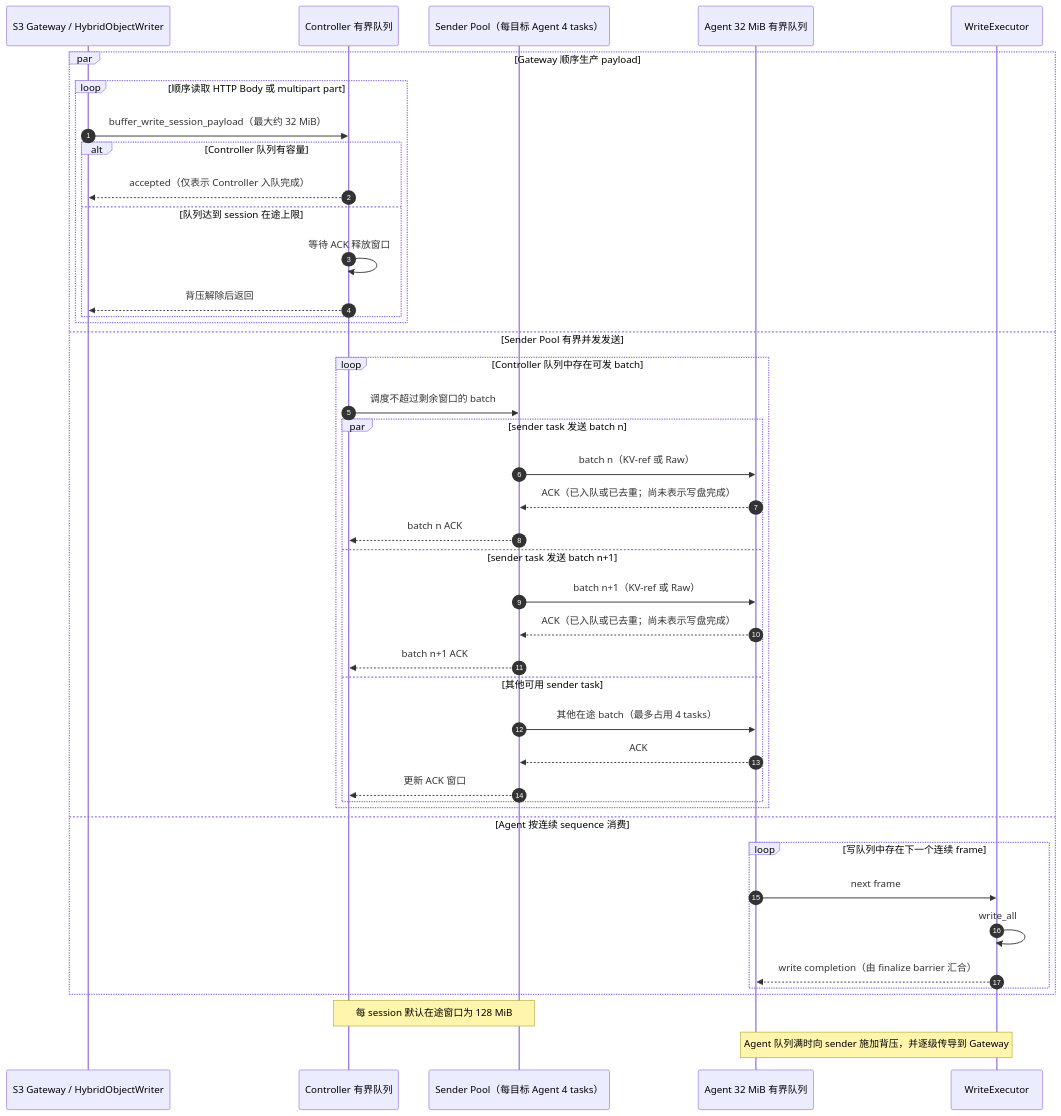
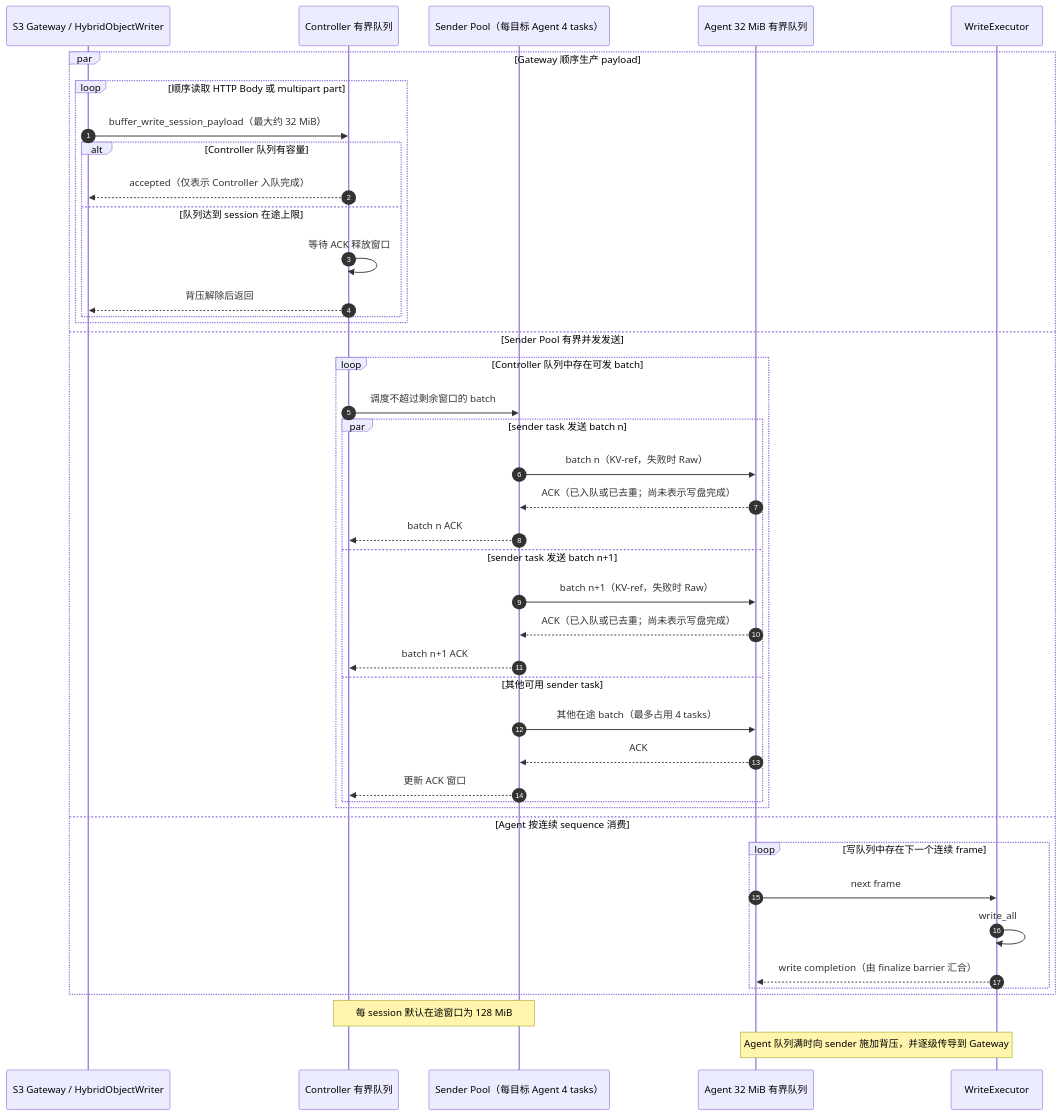
One commit to Tele-AI/Fluxon changed the sixth of 20 diagrams in fluxon_doc_cn/design/fs_s3_1_混合写入链路.md. Above: the diagram before and after it, drawn with Mermaid. The commit also changed other lines of this file and 3 other files, not shown here.

````diff
--- a/fluxon_doc_cn/design/fs_s3_1_混合写入链路.md
+++ b/fluxon_doc_cn/design/fs_s3_1_混合写入链路.md
@@ -385,47 +385,47 @@
 ```mermaid
 sequenceDiagram
     autonumber
     participant G as S3 Gateway / HybridObjectWriter
     participant C as Controller 有界队列
     participant S as Sender Pool（每目标 Agent 4 tasks）
     participant A as Agent 32 MiB 有界队列
     participant W as WriteExecutor
 
     par Gateway 顺序生产 payload
         loop 顺序读取 HTTP Body 或 multipart part
             G->>C: buffer_write_session_payload（最大约 32 MiB）
             alt Controller 队列有容量
                 C-->>G: accepted（仅表示 Controller 入队完成）
             else 队列达到 session 在途上限
                 C->>C: 等待 ACK 释放窗口
                 C-->>G: 背压解除后返回
             end
         end
     and Sender Pool 有界并发发送
         loop Controller 队列中存在可发 batch
             C->>S: 调度不超过剩余窗口的 batch
             par sender task 发送 batch n
-                S->>A: batch n（KV-ref 或 Raw）
+                S->>A: batch n（KV-ref，失败时 Raw）
                 A-->>S: ACK（已入队或已去重；尚未表示写盘完成）
                 S-->>C: batch n ACK
             and sender task 发送 batch n+1
-                S->>A: batch n+1（KV-ref 或 Raw）
+                S->>A: batch n+1（KV-ref，失败时 Raw）
                 A-->>S: ACK（已入队或已去重；尚未表示写盘完成）
                 S-->>C: batch n+1 ACK
             and 其他可用 sender task
                 S->>A: 其他在途 batch（最多占用 4 tasks）
                 A-->>S: ACK
                 S-->>C: 更新 ACK 窗口
             end
         end
     and Agent 按连续 sequence 消费
         loop 写队列中存在下一个连续 frame
             A->>W: next frame
             W->>W: write_all
             W-->>A: write completion（由 finalize barrier 汇合）
         end
     end
 
     Note over C,S: 每 session 默认在途窗口为 128 MiB
     Note over A,W: Agent 队列满时向 sender 施加背压，并逐级传导到 Gateway
 ```
````
